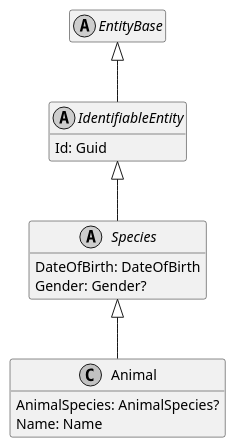
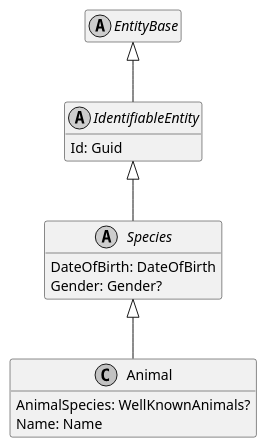
One commit to ObiWanLansi/DoofesZeug changed the diagram in Documentation/Generated/Models/DoofesZeug.Models.Specieses.Animals/Animal.puml. Above: the diagram before and after it, drawn with PlantUML. The commit also changed 40 other files, not shown here.

```diff
--- a/Documentation/Generated/Models/DoofesZeug.Models.Specieses.Animals/Animal.puml
+++ b/Documentation/Generated/Models/DoofesZeug.Models.Specieses.Animals/Animal.puml
@@ -1,28 +1,28 @@
 @startuml
 skinparam monochrome true
 hide empty members
 
 abstract class EntityBase {
 }
 
 EntityBase <|-- IdentifiableEntity
 
 abstract class IdentifiableEntity {
     Id: Guid
 }
 
 IdentifiableEntity <|-- Species
 
 abstract class Species {
     DateOfBirth: DateOfBirth
     Gender: Gender?
 }
 
 Species <|-- Animal
 
 class Animal {
-    AnimalSpecies: AnimalSpecies?
+    AnimalSpecies: WellKnownAnimals?
     Name: Name
 }
 
 @enduml
```
